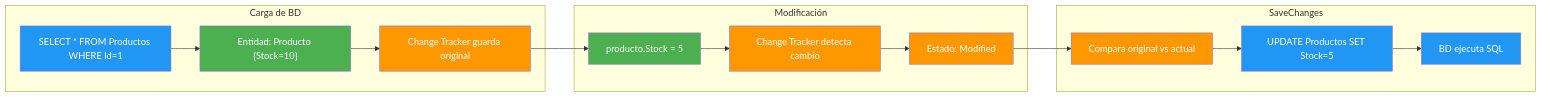
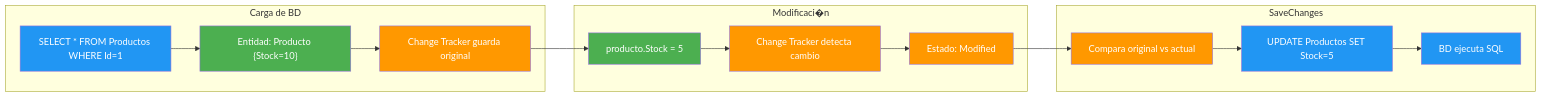
One commit to joseluisgs/DesarrolloWebEntornosServidor-02-2026-2027 changed the second of 5 diagrams in 12-entity-framework-core.md. Above: the diagram before and after it, drawn with Mermaid. The commit also changed other lines of this file and 17 other files, not shown here.

````diff
--- a/12-entity-framework-core.md
+++ b/12-entity-framework-core.md
@@ -223,30 +221,30 @@
 ```mermaid
 flowchart LR
     subgraph "Carga de BD"
         A["SELECT * FROM Productos WHERE Id=1"] --> B["Entidad: Producto {Stock=10}"]
         B --> C["Change Tracker guarda original"]
     end
 
-    subgraph "Modificación"
+    subgraph "Modificaci�n"
         D["producto.Stock = 5"] --> E["Change Tracker detecta cambio"]
         E --> F["Estado: Modified"]
     end
 
     subgraph "SaveChanges"
         G["Compara original vs actual"] --> H["UPDATE Productos SET Stock=5"]
         H --> I["BD ejecuta SQL"]
     end
 
     C --> D
     F --> G
 
     style A fill:#2196F3,color:#fff
     style B fill:#4CAF50,color:#fff
     style C fill:#FF9800,color:#fff
     style D fill:#4CAF50,color:#fff
     style E fill:#FF9800,color:#fff
     style F fill:#FF9800,color:#fff
     style G fill:#FF9800,color:#fff
     style H fill:#2196F3,color:#fff
     style I fill:#2196F3,color:#fff
 ```
````
